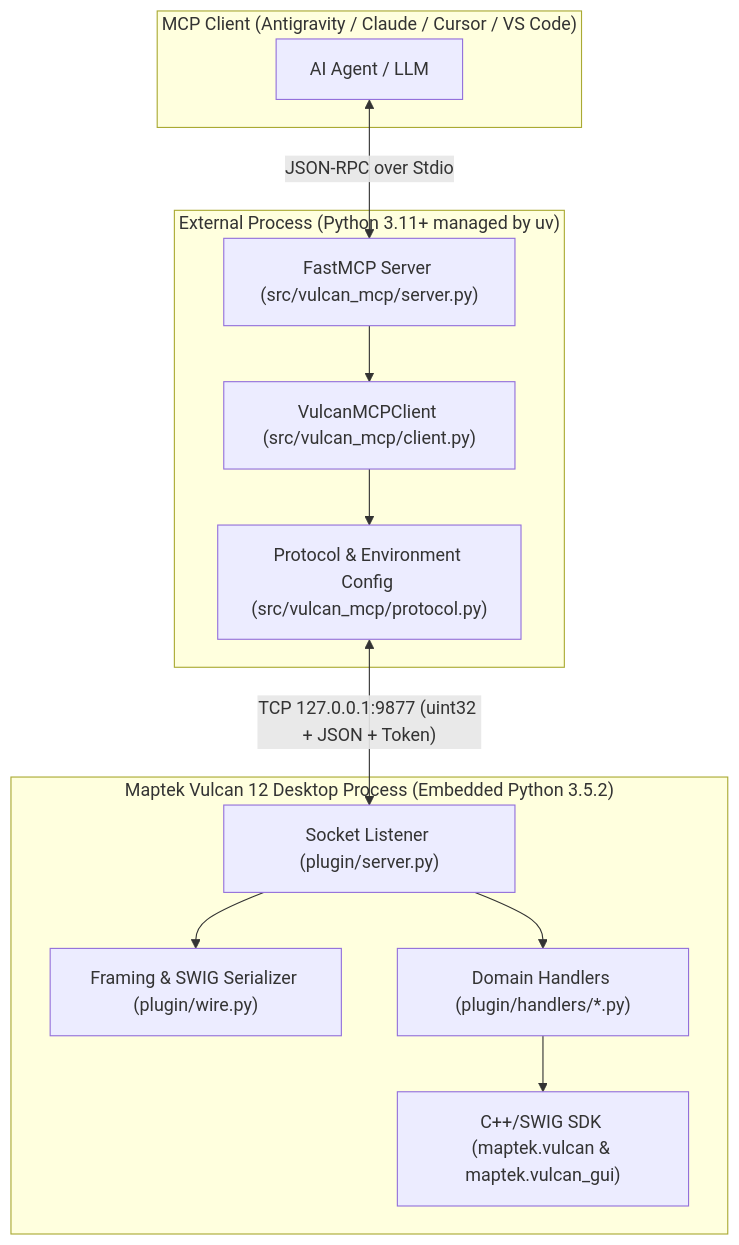
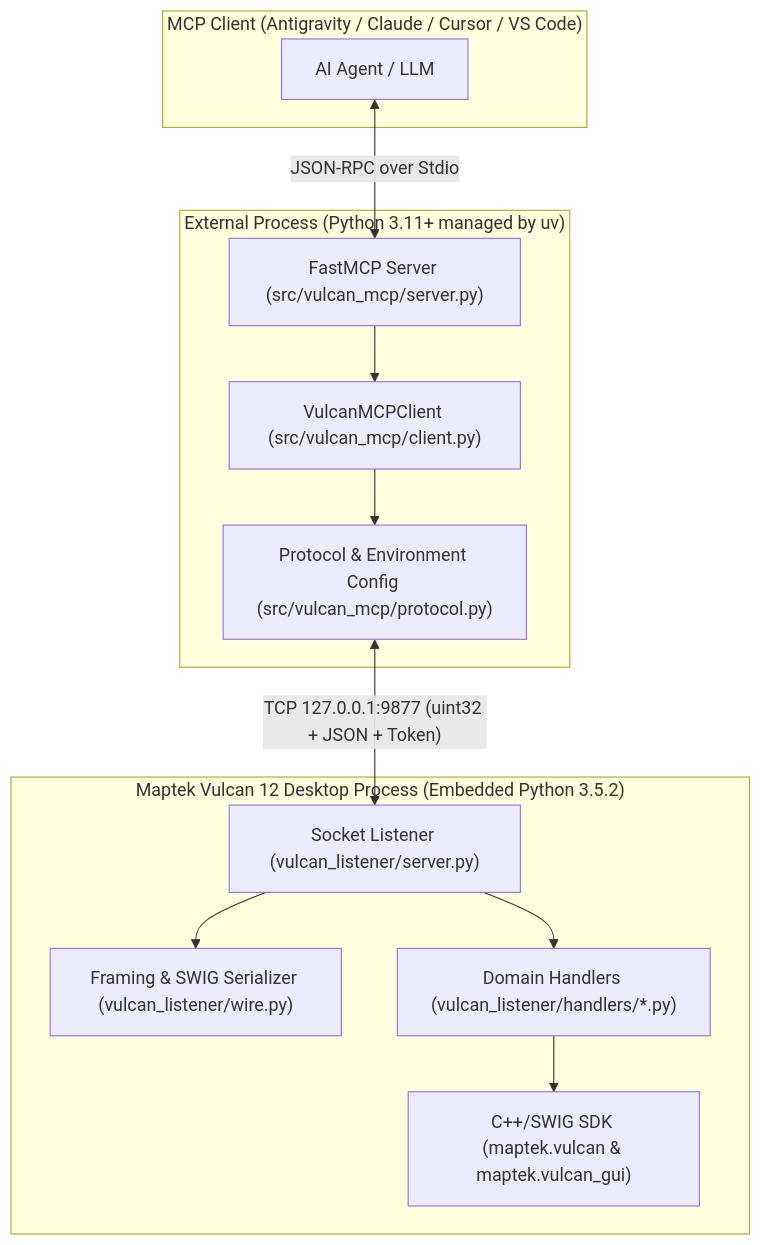
One commit to LuiccianDev/vulcan-mcp changed the diagram in docs/ARCHITECTURE_AND_SECURITY.md. Above: the diagram before and after it, drawn with Mermaid. The commit also changed other lines of this file and 37 other files, not shown here.

First line of the commit message:
feat: rename plugin to vulcan_listener, restrict sdist to src/, and clean agent (#8)

````diff
--- a/docs/ARCHITECTURE_AND_SECURITY.md
+++ b/docs/ARCHITECTURE_AND_SECURITY.md
@@ -13,27 +13,27 @@
 ```mermaid
 flowchart TB
     subgraph IDE["MCP Client (Antigravity / Claude / Cursor / VS Code)"]
         A["AI Agent / LLM"]
     end
 
     subgraph EXT["External Process (Python 3.11+ managed by uv)"]
         B["FastMCP Server (src/vulcan_mcp/server.py)"]
         C["VulcanMCPClient (src/vulcan_mcp/client.py)"]
         D["Protocol & Environment Config (src/vulcan_mcp/protocol.py)"]
     end
 
     subgraph VUL["Maptek Vulcan 12 Desktop Process (Embedded Python 3.5.2)"]
-        E["Socket Listener (plugin/server.py)"]
-        F["Framing & SWIG Serializer (plugin/wire.py)"]
-        G["Domain Handlers (plugin/handlers/*.py)"]
+        E["Socket Listener (vulcan_listener/server.py)"]
+        F["Framing & SWIG Serializer (vulcan_listener/wire.py)"]
+        G["Domain Handlers (vulcan_listener/handlers/*.py)"]
         H["C++/SWIG SDK (maptek.vulcan & maptek.vulcan_gui)"]
     end
 
     A <-->|"JSON-RPC over Stdio"| B
     B --> C
     C --> D
     D <-->|"TCP 127.0.0.1:9877 (uint32 + JSON + Token)"| E
     E --> F
     E --> G
     G --> H
 ```
````
